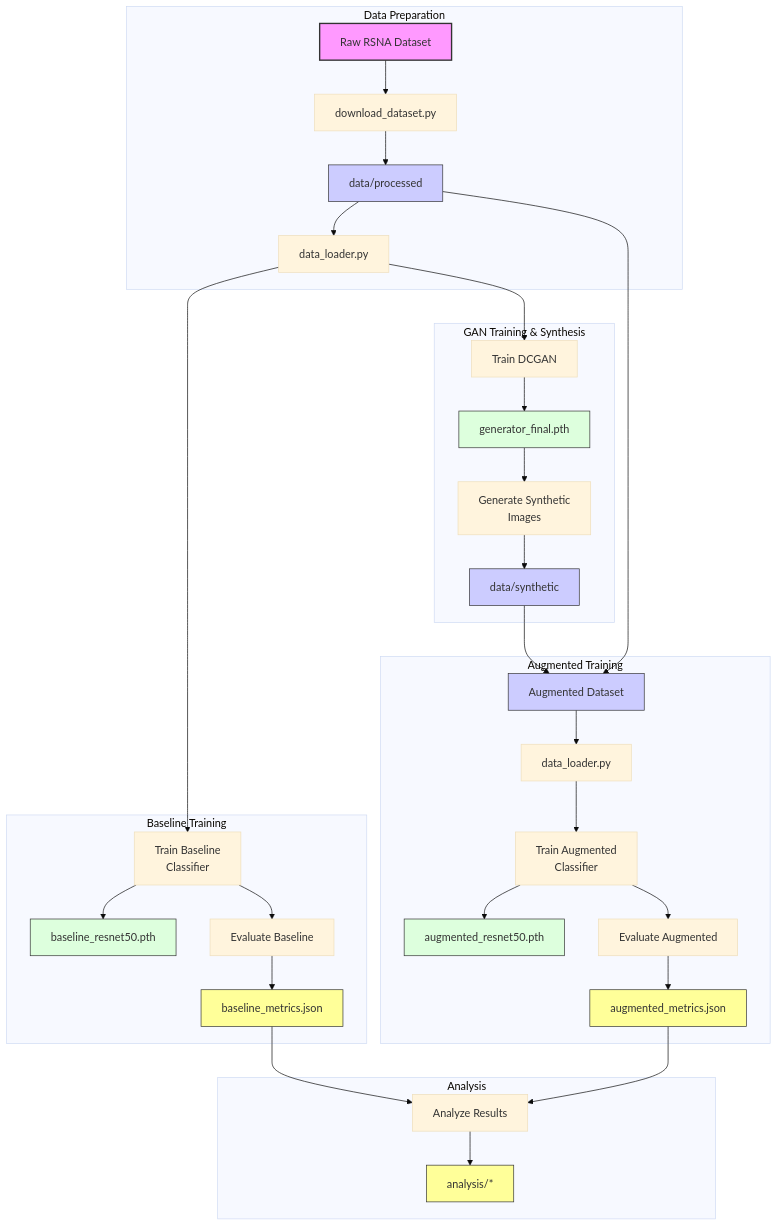
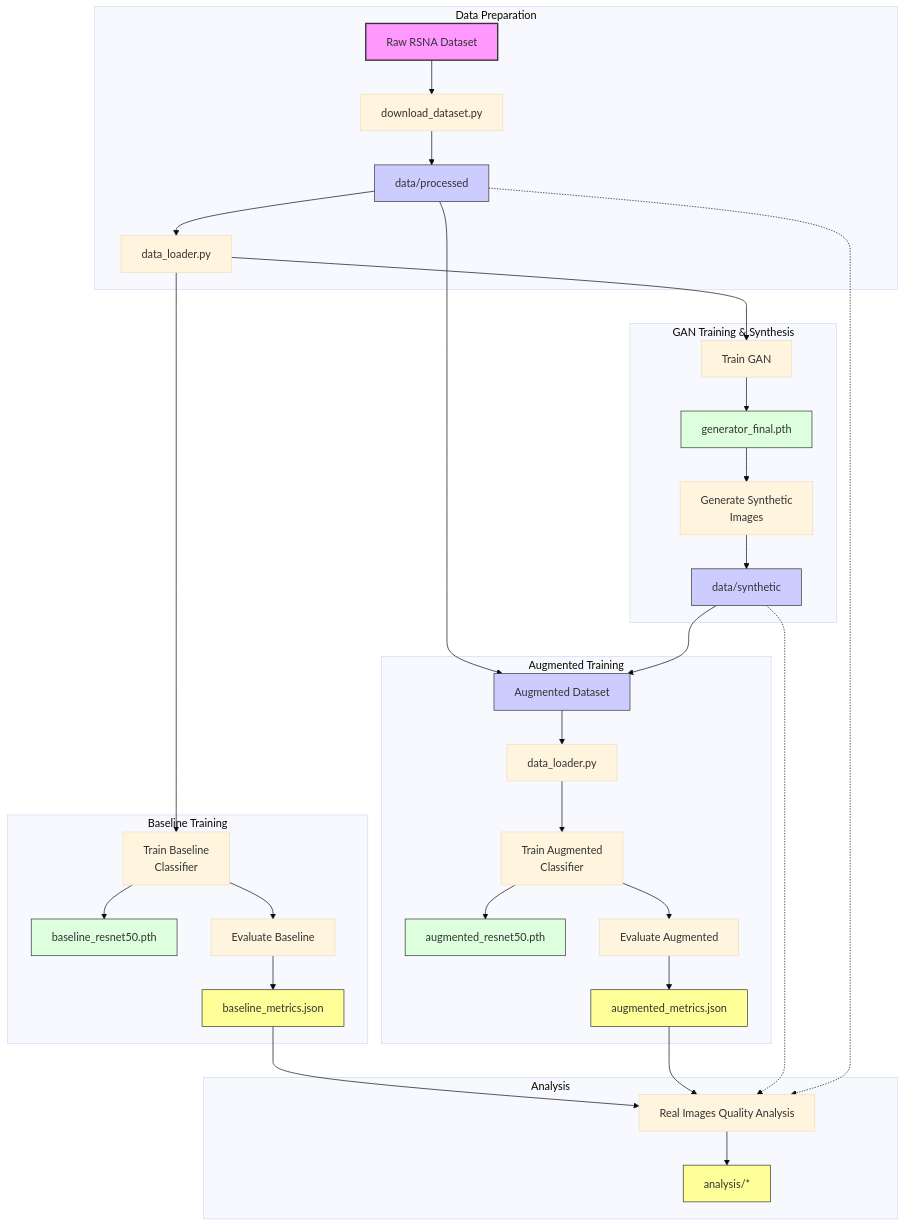
One commit to harlanljones/gan-enhanced-pneumonia-classifier changed the diagram in README.md. Above: the diagram before and after it, drawn with Mermaid (base theme). The commit also changed other lines of this file and 30 other files, not shown here.

Commit message:
Update comparison report with new accuracy, precision, recall, and F1 score values; add SSIM and synthetic quality metrics analysis; enhance results visualization and reporting capabilities.

````diff
--- a/README.md
+++ b/README.md
@@ -32,49 +32,51 @@
 ```mermaid
 graph TD
     subgraph "Data Preparation"
         A["Raw RSNA Dataset"] --> B["download_dataset.py"]
         B --> C["data/processed"]
         C --> D["data_loader.py"]
     end
 
     subgraph "Baseline Training"
         D --> E["Train Baseline<br>Classifier"]
         E --> F["baseline_resnet50.pth"]
         E --> G["Evaluate Baseline"]
         G --> H["baseline_metrics.json"]
     end
 
     subgraph "GAN Training & Synthesis"
-        D --> I["Train DCGAN"]
+        D --> I["Train GAN"]
         I --> J["generator_final.pth"]
         J --> K["Generate Synthetic<br>Images"]
         K --> L["data/synthetic"]
     end
 
     subgraph "Augmented Training"
         C --> M["Augmented Dataset"]
         L --> M
         M --> N["data_loader.py"]
         N --> O["Train Augmented<br>Classifier"]
         O --> P["augmented_resnet50.pth"]
         O --> Q["Evaluate Augmented"]
         Q --> R["augmented_metrics.json"]
     end
 
     subgraph "Analysis"
         H --> S["Analyze Results"]
         R --> S
+        L -.-> S["Synthetic Images Quality Analysis"]
+        C -.-> S["Real Images Quality Analysis"]
         S --> T["analysis/*"]
     end
 
     style A fill:#f9f,stroke:#333,stroke-width:2px
     style C fill:#ccf,stroke:#333,stroke-width:1px
     style L fill:#ccf,stroke:#333,stroke-width:1px
     style M fill:#ccf,stroke:#333,stroke-width:1px
     style F fill:#dfd,stroke:#333,stroke-width:1px
     style J fill:#dfd,stroke:#333,stroke-width:1px
     style P fill:#dfd,stroke:#333,stroke-width:1px
     style H fill:#ff9,stroke:#333,stroke-width:1px
     style R fill:#ff9,stroke:#333,stroke-width:1px
     style T fill:#ff9,stroke:#333,stroke-width:1px
 ```
````
